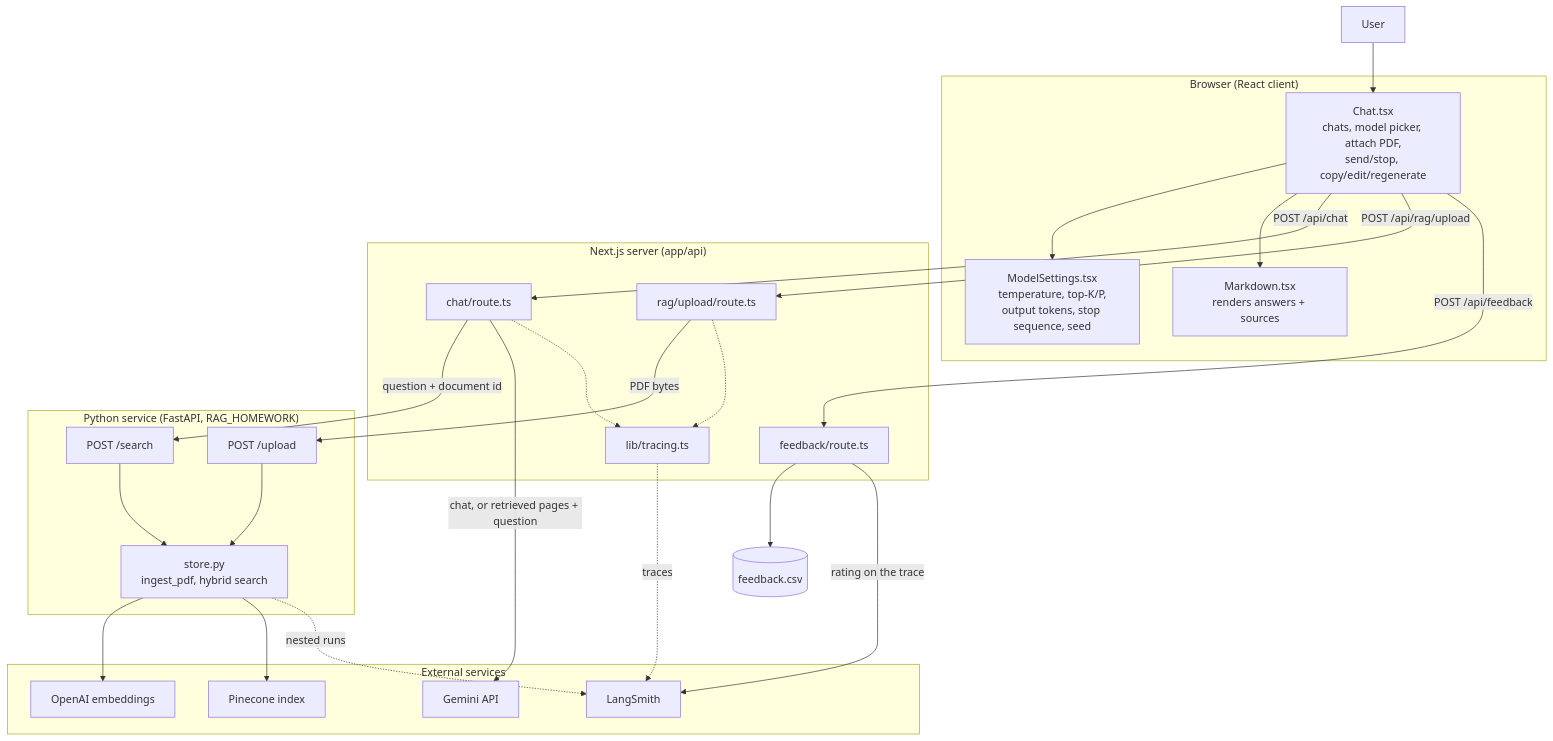
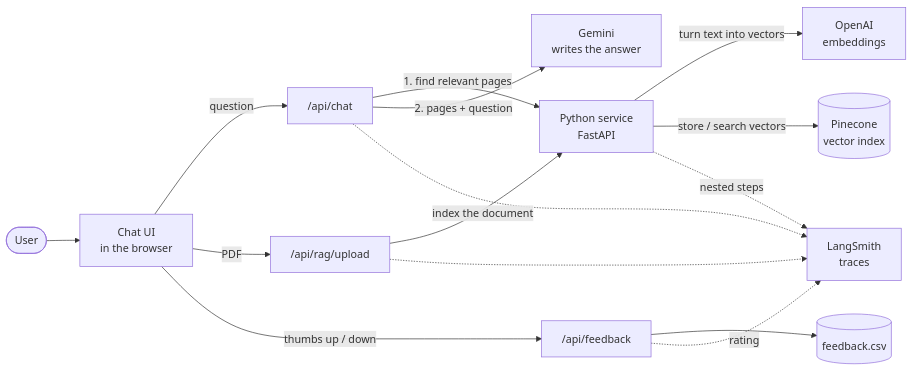
One commit to krishnabujagouni/MY_TEST_CHAT_APP changed the diagram in ARCHITECTURE.md. Above: the diagram before and after it, drawn with Mermaid. The commit also changed 1 other file, not shown here.

Commit message:
new architecture

````diff
--- a/ARCHITECTURE.md
+++ b/ARCHITECTURE.md
@@ -13,55 +15,21 @@
 ```mermaid
-flowchart TD
-  U["User"]
+flowchart LR
+  U(["User"]) --> UI["Chat UI<br/>in the browser"]
 
-  subgraph browser["Browser (React client)"]
-    C["Chat.tsx<br/>chats, model picker, attach PDF,<br/>send/stop, copy/edit/regenerate"]
-    MS["ModelSettings.tsx<br/>temperature, top-K/P,<br/>output tokens, stop sequence, seed"]
-    MD["Markdown.tsx<br/>renders answers + sources"]
-  end
+  UI -->|"question"| CHAT["/api/chat"]
+  UI -->|"PDF"| UPLOAD["/api/rag/upload"]
+  UI -->|"thumbs up / down"| FEED["/api/feedback"]
 
-  subgraph next["Next.js server (app/api)"]
-    CH["chat/route.ts"]
-    UP["rag/upload/route.ts"]
-    FB["feedback/route.ts"]
-    TR["lib/tracing.ts"]
-  end
+  CHAT -->|"1. find relevant pages"| PY["Python service<br/>FastAPI"]
+  CHAT -->|"2. pages + question"| GEM["Gemini<br/>writes the answer"]
+  UPLOAD -->|"index the document"| PY
+  FEED --> CSV[("feedback.csv")]
 
-  subgraph py["Python service (FastAPI, RAG_HOMEWORK)"]
-    SE["POST /search"]
-    IN["POST /upload"]
-    ST["store.py<br/>ingest_pdf, hybrid search"]
-  end
+  PY -->|"turn text into vectors"| OAI["OpenAI<br/>embeddings"]
+  PY -->|"store / search vectors"| PC[("Pinecone<br/>vector index")]
 
-  subgraph ext["External services"]
-    GEM["Gemini API"]
-    OAI["OpenAI embeddings"]
-    PC["Pinecone index"]
-    LS["LangSmith"]
-  end
-
-  CSV[("feedback.csv")]
-
-  U --> C
-  C --> MS
-  C --> MD
-  C -->|"POST /api/chat"| CH
-  C -->|"POST /api/rag/upload"| UP
-  C -->|"POST /api/feedback"| FB
-
-  CH -->|"question + document id"| SE
-  CH -->|"chat, or retrieved pages + question"| GEM
-  UP -->|"PDF bytes"| IN
-  FB --> CSV
-  FB -->|"rating on the trace"| LS
-
-  SE --> ST
-  IN --> ST
-  ST --> OAI
-  ST --> PC
-
-  CH -.-> TR
-  UP -.-> TR
-  TR -.->|"traces"| LS
-  ST -.->|"nested runs"| LS
+  CHAT -.-> LS["LangSmith<br/>traces"]
+  UPLOAD -.-> LS
+  FEED -.->|"rating"| LS
+  PY -.->|"nested steps"| LS
 ```
````
